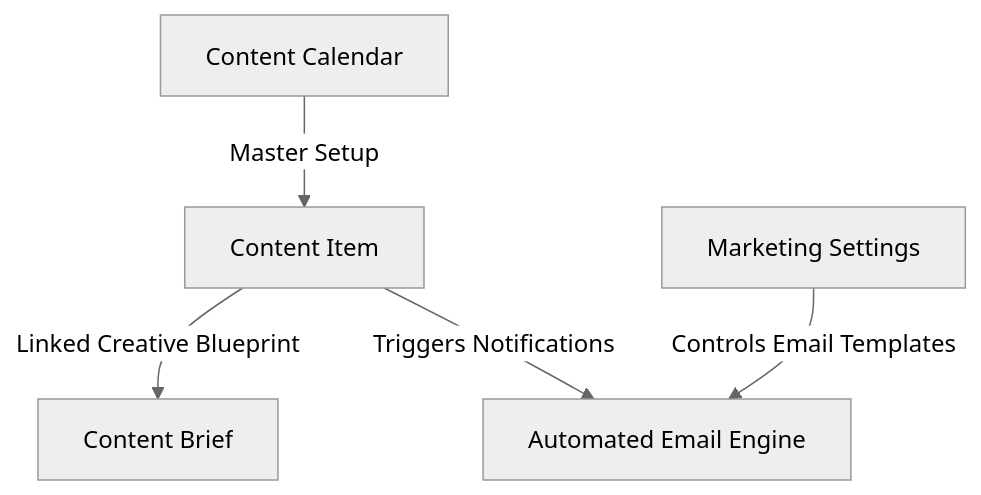
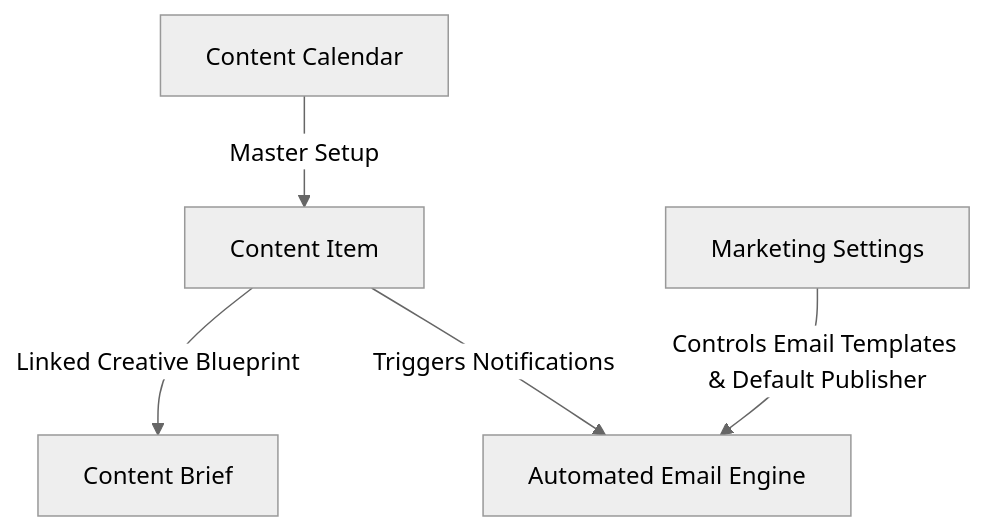
One commit to Avishkar-Kabadi-ODA/oda_marketing changed the first of 2 diagrams in app-architecture-and-flow.md. Above: the diagram before and after it, drawn with Mermaid (neutral theme). The commit also changed other lines of this file and 11 other files, not shown here.

Commit message:
feat: add default publisher, enhance email templates, and enforce stricter creation permissions for marketing content items

````diff
--- a/app-architecture-and-flow.md
+++ b/app-architecture-and-flow.md
@@ -11,7 +11,7 @@
 ```mermaid
 graph TD
     A[Content Calendar] -->|Master Setup| B[Content Item]
     B -->|Linked Creative Blueprint| C[Content Brief]
-    D[Marketing Settings] -->|Controls Email Templates| E[Automated Email Engine]
+    D[Marketing Settings] -->|Controls Email Templates & Default Publisher| E[Automated Email Engine]
     B -->|Triggers Notifications| E
 ```
````
